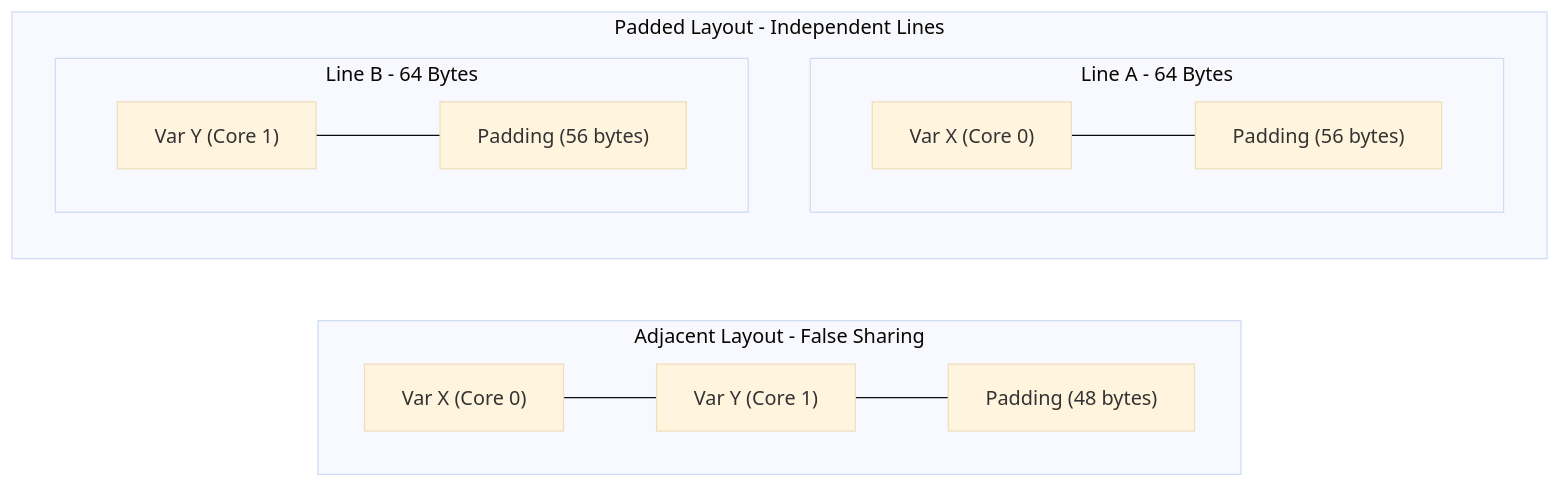
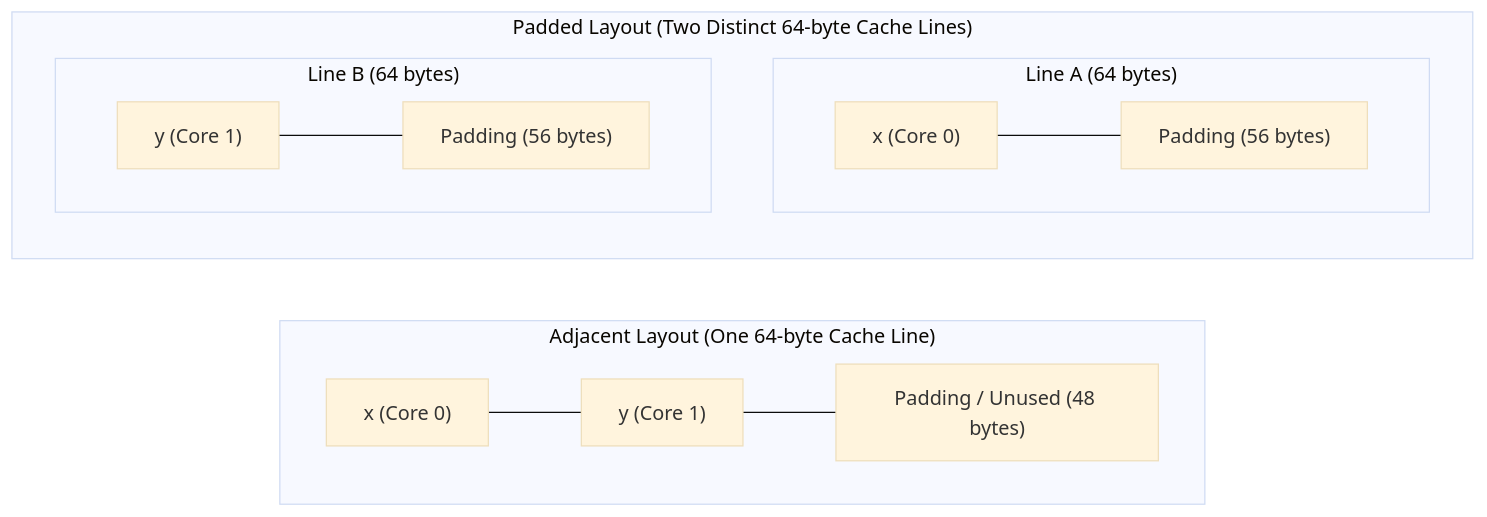
One commit to manasa-vasare/pgc-cache-coherance changed the second of 2 diagrams in README.md. Above: the diagram before and after it, drawn with Mermaid (base theme). The commit also changed other lines of this file, not shown here.

````diff
--- a/README.md
+++ b/README.md
@@ -91,17 +150,17 @@
 ```mermaid
 flowchart LR
-    subgraph Adjacent Layout - False Sharing
+    subgraph Adjacent_Layout["Adjacent Layout (One 64-byte Cache Line)"]
         direction LR
-        A_X["Var X (Core 0)"] --- A_Y["Var Y (Core 1)"] --- A_Pad["Padding (48 bytes)"]
+        A1["x (Core 0)"] --- A2["y (Core 1)"] --- A3["Padding / Unused (48 bytes)"]
     end
 
-    subgraph Padded Layout - Independent Lines
+    subgraph Padded_Layout["Padded Layout (Two Distinct 64-byte Cache Lines)"]
         direction TB
-        subgraph Line A - 64 Bytes
-            P_X["Var X (Core 0)"] --- Pad_A["Padding (56 bytes)"]
+        subgraph Line_A["Line A (64 bytes)"]
+            P1["x (Core 0)"] --- Pad1["Padding (56 bytes)"]
         end
-        subgraph Line B - 64 Bytes
-            P_Y["Var Y (Core 1)"] --- Pad_B["Padding (56 bytes)"]
+        subgraph Line_B["Line B (64 bytes)"]
+            P2["y (Core 1)"] --- Pad2["Padding (56 bytes)"]
         end
     end
 ```
````
